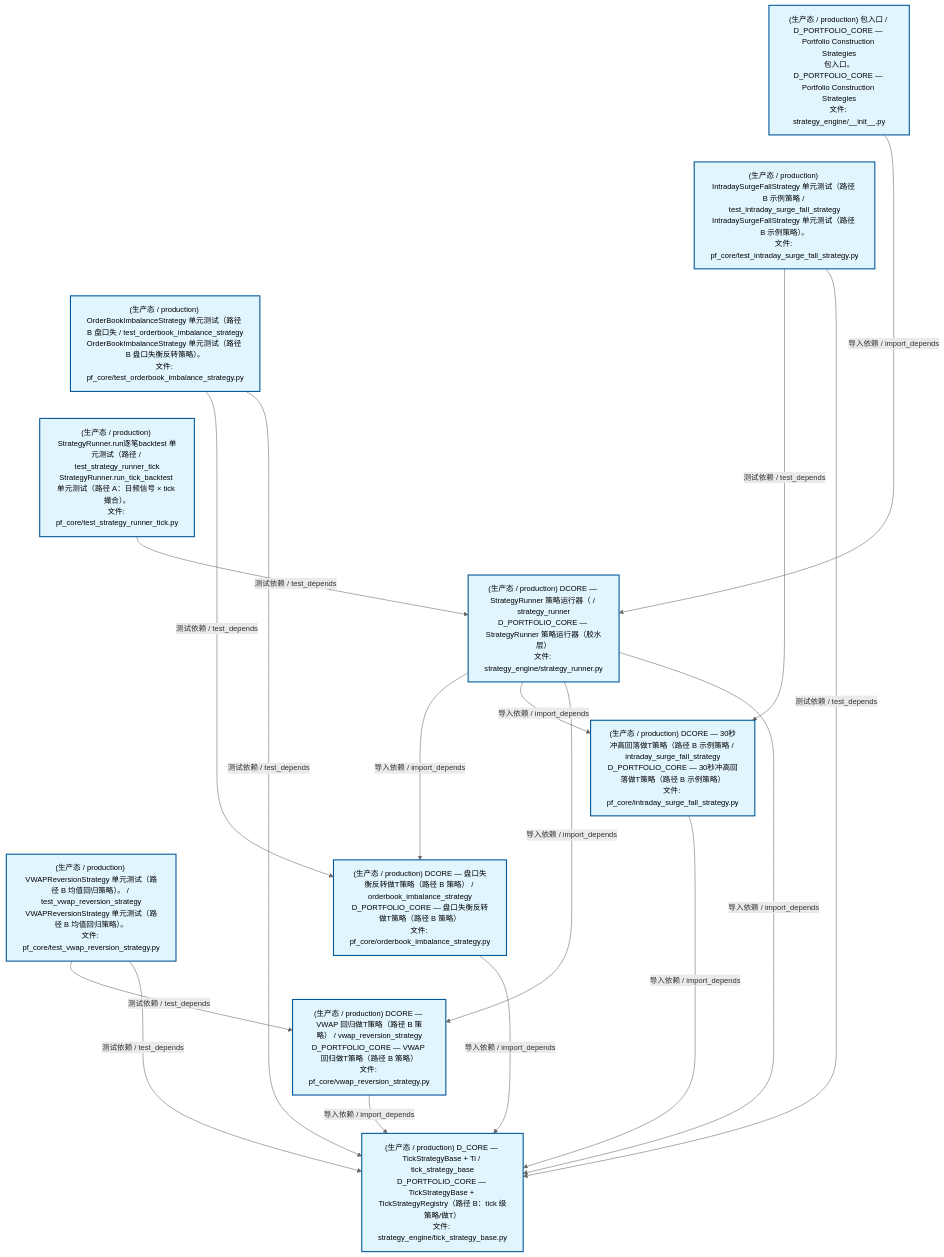
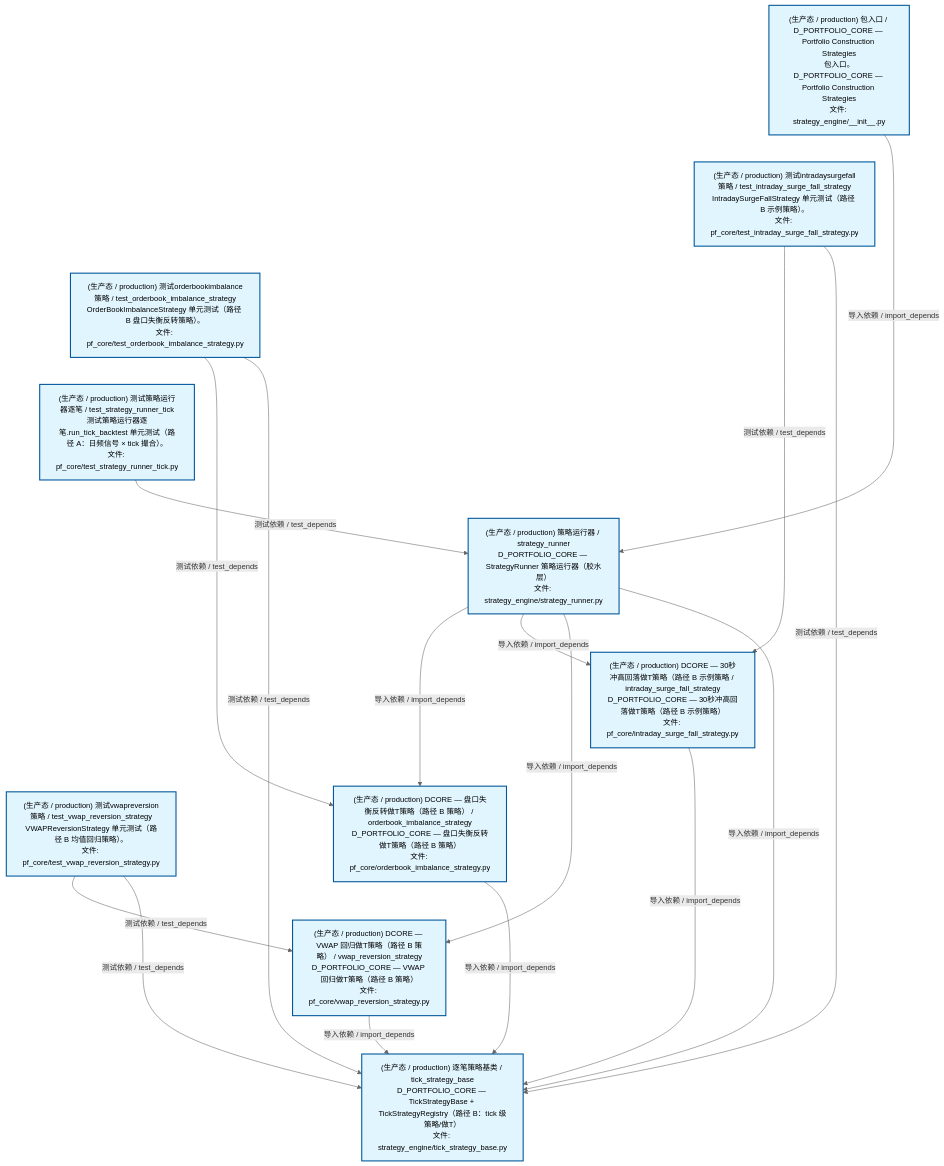
Before and after one commit to xuanFelixVan/ZephyrAlpha: the second of 4 diagrams in docs/02_enterprise_architecture/02_domain_architecture_docs/63_d_pf_core.md, drawn with Mermaid. The commit also changed other lines of this file and 50 other files, not shown here.

````diff
--- a/docs/02_enterprise_architecture/02_domain_architecture_docs/63_d_pf_core.md
+++ b/docs/02_enterprise_architecture/02_domain_architecture_docs/63_d_pf_core.md
@@ -131,40 +131,40 @@
 ```mermaid
 %%{init: {'theme': 'base', 'themeVariables': {'primaryColor': '#eaeaea', 'primaryTextColor': '#333333', 'primaryBorderColor': '#666666', 'lineColor': '#666666', 'secondaryColor': '#eaeaea', 'tertiaryColor': '#eaeaea', 'fontSize': '14px'}}}%%
 flowchart TD
     src_zephyr_pf_core_strategy_engine_init_py["(生产态 / production) 包入口 / D_PORTFOLIO_CORE — Portfolio Construction Strategies<br/>包入口。D_PORTFOLIO_CORE — Portfolio Construction Strategies<br/>文件: strategy_engine/__init__.py"]
-    tests_pf_core_test_intraday_surge_fall_strategy_py["(生产态 / production) IntradaySurgeFallStrategy 单元测试（路径 B 示例策略 / test_intraday_surge_fall_strategy<br/>IntradaySurgeFallStrategy 单元测试（路径 B 示例策略）。<br/>文件: pf_core/test_intraday_surge_fall_strategy.py"]
-    tests_pf_core_test_orderbook_imbalance_strategy_py["(生产态 / production) OrderBookImbalanceStrategy 单元测试（路径 B 盘口失 / test_orderbook_imbalance_strategy<br/>OrderBookImbalanceStrategy 单元测试（路径 B 盘口失衡反转策略）。<br/>文件: pf_core/test_orderbook_imbalance_strategy.py"]
-    tests_pf_core_test_strategy_runner_tick_py["(生产态 / production) StrategyRunner.run逐笔backtest 单元测试（路径 / test_strategy_runner_tick<br/>StrategyRunner.run_tick_backtest 单元测试（路径 A：日频信号 × tick 撮合）。<br/>文件: pf_core/test_strategy_runner_tick.py"]
-    tests_pf_core_test_vwap_reversion_strategy_py["(生产态 / production) VWAPReversionStrategy 单元测试（路径 B 均值回归策略）。 / test_vwap_reversion_strategy<br/>VWAPReversionStrategy 单元测试（路径 B 均值回归策略）。<br/>文件: pf_core/test_vwap_reversion_strategy.py"]
+    tests_pf_core_test_intraday_surge_fall_strategy_py["(生产态 / production) 测试intradaysurgefall策略 / test_intraday_surge_fall_strategy<br/>IntradaySurgeFallStrategy 单元测试（路径 B 示例策略）。<br/>文件: pf_core/test_intraday_surge_fall_strategy.py"]
+    tests_pf_core_test_orderbook_imbalance_strategy_py["(生产态 / production) 测试orderbookimbalance策略 / test_orderbook_imbalance_strategy<br/>OrderBookImbalanceStrategy 单元测试（路径 B 盘口失衡反转策略）。<br/>文件: pf_core/test_orderbook_imbalance_strategy.py"]
+    tests_pf_core_test_strategy_runner_tick_py["(生产态 / production) 测试策略运行器逐笔 / test_strategy_runner_tick<br/>测试策略运行器逐笔.run_tick_backtest 单元测试（路径 A：日频信号 × tick 撮合）。<br/>文件: pf_core/test_strategy_runner_tick.py"]
+    tests_pf_core_test_vwap_reversion_strategy_py["(生产态 / production) 测试vwapreversion策略 / test_vwap_reversion_strategy<br/>VWAPReversionStrategy 单元测试（路径 B 均值回归策略）。<br/>文件: pf_core/test_vwap_reversion_strategy.py"]
     src_zephyr_pf_core_strategy_engine_init_py ~~~ tests_pf_core_test_intraday_surge_fall_strategy_py
     tests_pf_core_test_intraday_surge_fall_strategy_py ~~~ tests_pf_core_test_orderbook_imbalance_strategy_py
     tests_pf_core_test_orderbook_imbalance_strategy_py ~~~ tests_pf_core_test_strategy_runner_tick_py
     tests_pf_core_test_strategy_runner_tick_py ~~~ tests_pf_core_test_vwap_reversion_strategy_py
-    src_zephyr_pf_core_strategy_engine_strategy_runner_py["(生产态 / production) DCORE — StrategyRunner 策略运行器（ / strategy_runner<br/>D_PORTFOLIO_CORE — StrategyRunner 策略运行器（胶水层）<br/>文件: strategy_engine/strategy_runner.py"]
+    src_zephyr_pf_core_strategy_engine_strategy_runner_py["(生产态 / production) 策略运行器 / strategy_runner<br/>D_PORTFOLIO_CORE — StrategyRunner 策略运行器（胶水层）<br/>文件: strategy_engine/strategy_runner.py"]
     src_zephyr_pf_core_intraday_surge_fall_strategy_py["(生产态 / production) DCORE — 30秒冲高回落做T策略（路径 B 示例策略 / intraday_surge_fall_strategy<br/>D_PORTFOLIO_CORE — 30秒冲高回落做T策略（路径 B 示例策略）<br/>文件: pf_core/intraday_surge_fall_strategy.py"]
     src_zephyr_pf_core_orderbook_imbalance_strategy_py["(生产态 / production) DCORE — 盘口失衡反转做T策略（路径 B 策略） / orderbook_imbalance_strategy<br/>D_PORTFOLIO_CORE — 盘口失衡反转做T策略（路径 B 策略）<br/>文件: pf_core/orderbook_imbalance_strategy.py"]
     src_zephyr_pf_core_vwap_reversion_strategy_py["(生产态 / production) DCORE — VWAP 回归做T策略（路径 B 策略） / vwap_reversion_strategy<br/>D_PORTFOLIO_CORE — VWAP 回归做T策略（路径 B 策略）<br/>文件: pf_core/vwap_reversion_strategy.py"]
     src_zephyr_pf_core_intraday_surge_fall_strategy_py ~~~ src_zephyr_pf_core_orderbook_imbalance_strategy_py
     src_zephyr_pf_core_orderbook_imbalance_strategy_py ~~~ src_zephyr_pf_core_vwap_reversion_strategy_py
-    src_zephyr_pf_core_strategy_engine_tick_strategy_base_py["(生产态 / production) D_CORE — TickStrategyBase + Ti / tick_strategy_base<br/>D_PORTFOLIO_CORE — TickStrategyBase + TickStrategyRegistry（路径 B：tick 级策略/做T）<br/>文件: strategy_engine/tick_strategy_base.py"]
+    src_zephyr_pf_core_strategy_engine_tick_strategy_base_py["(生产态 / production) 逐笔策略基类 / tick_strategy_base<br/>D_PORTFOLIO_CORE — TickStrategyBase + TickStrategyRegistry（路径 B：tick 级策略/做T）<br/>文件: strategy_engine/tick_strategy_base.py"]
     src_zephyr_pf_core_orderbook_imbalance_strategy_py -->|导入依赖 / import_depends| src_zephyr_pf_core_strategy_engine_tick_strategy_base_py
     src_zephyr_pf_core_intraday_surge_fall_strategy_py -->|导入依赖 / import_depends| src_zephyr_pf_core_strategy_engine_tick_strategy_base_py
     src_zephyr_pf_core_vwap_reversion_strategy_py -->|导入依赖 / import_depends| src_zephyr_pf_core_strategy_engine_tick_strategy_base_py
     src_zephyr_pf_core_strategy_engine_init_py -->|导入依赖 / import_depends| src_zephyr_pf_core_strategy_engine_strategy_runner_py
     src_zephyr_pf_core_strategy_engine_strategy_runner_py -->|导入依赖 / import_depends| src_zephyr_pf_core_orderbook_imbalance_strategy_py
     src_zephyr_pf_core_strategy_engine_strategy_runner_py -->|导入依赖 / import_depends| src_zephyr_pf_core_intraday_surge_fall_strategy_py
     src_zephyr_pf_core_strategy_engine_strategy_runner_py -->|导入依赖 / import_depends| src_zephyr_pf_core_vwap_reversion_strategy_py
     src_zephyr_pf_core_strategy_engine_strategy_runner_py -->|导入依赖 / import_depends| src_zephyr_pf_core_strategy_engine_tick_strategy_base_py
     tests_pf_core_test_orderbook_imbalance_strategy_py -->|测试依赖 / test_depends| src_zephyr_pf_core_orderbook_imbalance_strategy_py
     tests_pf_core_test_orderbook_imbalance_strategy_py -->|测试依赖 / test_depends| src_zephyr_pf_core_strategy_engine_tick_strategy_base_py
     tests_pf_core_test_intraday_surge_fall_strategy_py -->|测试依赖 / test_depends| src_zephyr_pf_core_intraday_surge_fall_strategy_py
     tests_pf_core_test_intraday_surge_fall_strategy_py -->|测试依赖 / test_depends| src_zephyr_pf_core_strategy_engine_tick_strategy_base_py
     tests_pf_core_test_vwap_reversion_strategy_py -->|测试依赖 / test_depends| src_zephyr_pf_core_vwap_reversion_strategy_py
     tests_pf_core_test_vwap_reversion_strategy_py -->|测试依赖 / test_depends| src_zephyr_pf_core_strategy_engine_tick_strategy_base_py
     tests_pf_core_test_strategy_runner_tick_py -->|测试依赖 / test_depends| src_zephyr_pf_core_strategy_engine_strategy_runner_py
     classDef production fill:#e1f5fe,stroke:#01579b,stroke-width:2px,color:#000
     classDef design fill:#fff3e0,stroke:#e65100,stroke-width:2px,color:#000,stroke-dasharray: 5 5
     classDef external_prod fill:#e8f4fd,stroke:#0277bd,stroke-width:1px,color:#000
     classDef external_design fill:#fff8e7,stroke:#ef6c00,stroke-width:1px,color:#000,stroke-dasharray: 5 5
     class src_zephyr_pf_core_intraday_surge_fall_strategy_py,src_zephyr_pf_core_orderbook_imbalance_strategy_py,src_zephyr_pf_core_strategy_engine_init_py,src_zephyr_pf_core_strategy_engine_strategy_runner_py,src_zephyr_pf_core_strategy_engine_tick_strategy_base_py,src_zephyr_pf_core_vwap_reversion_strategy_py,tests_pf_core_test_intraday_surge_fall_strategy_py,tests_pf_core_test_orderbook_imbalance_strategy_py,tests_pf_core_test_strategy_runner_tick_py,tests_pf_core_test_vwap_reversion_strategy_py production
 ```
````
